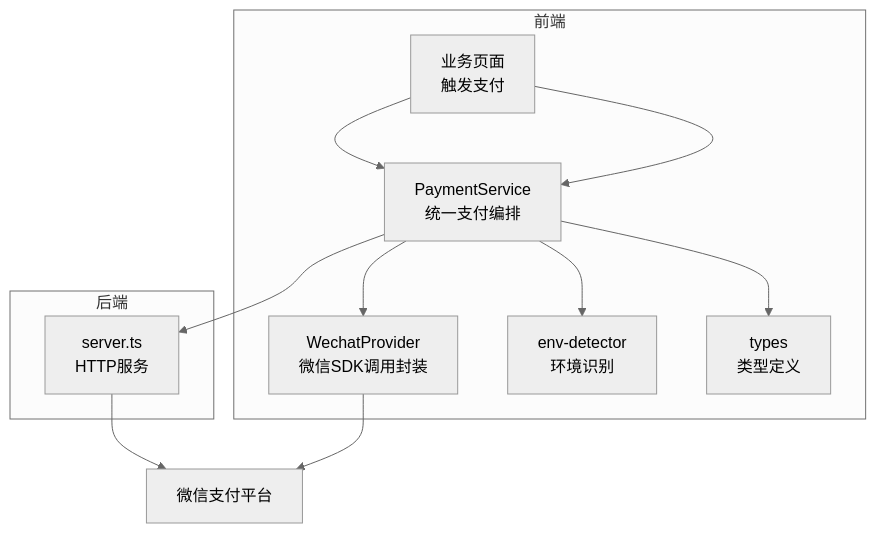
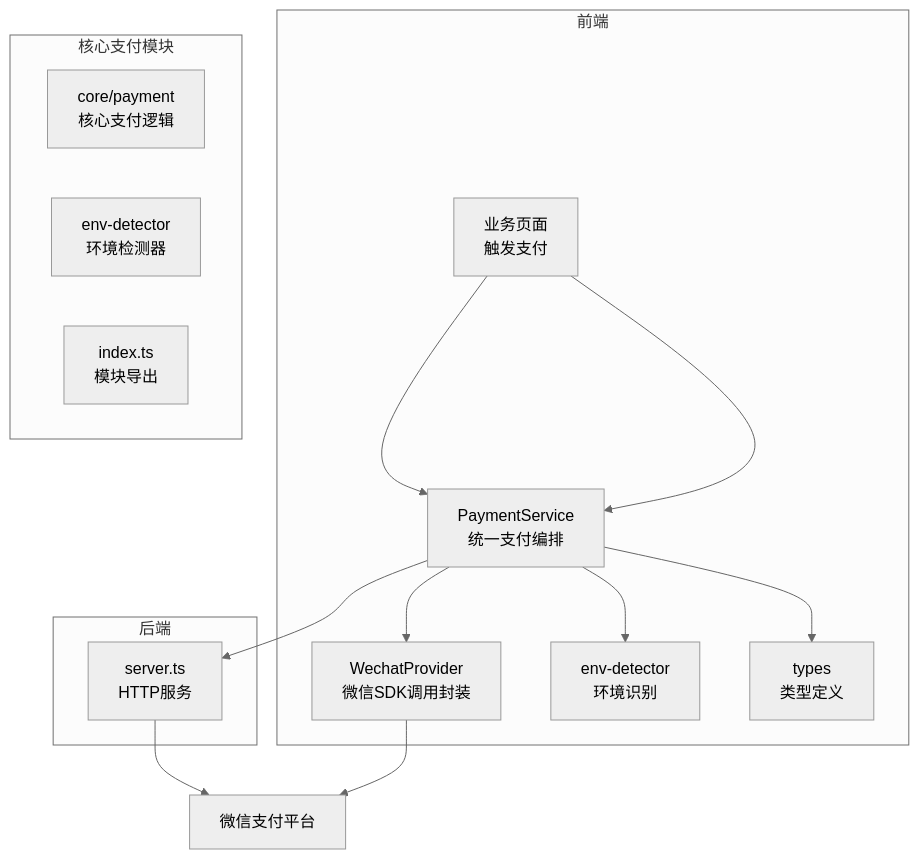
The first of 6 diagrams in .qoder/repowiki/zh/content/支付系统集成/微信支付集成实现.md (Hu-Right/supply-os), drawn with Mermaid (neutral theme) before and after one commit. The commit also changed other lines of this file and 39 other files, not shown here.

````diff
--- a/.qoder/repowiki/zh/content/支付系统集成/微信支付集成实现.md
+++ b/.qoder/repowiki/zh/content/支付系统集成/微信支付集成实现.md
@@ -32,17 +42,22 @@
 ```mermaid
 graph TB
 subgraph "前端"
 UI["业务页面<br/>触发支付"] --> PS["PaymentService<br/>统一支付编排"]
 PS --> WP["WechatProvider<br/>微信SDK调用封装"]
 PS --> ENV["env-detector<br/>环境识别"]
 PS --> T["types<br/>类型定义"]
+end
+subgraph "核心支付模块"
+CP["core/payment<br/>核心支付逻辑"]
+ENV_CORE["env-detector<br/>环境检测器"]
+IDX["index.ts<br/>模块导出"]
 end
 subgraph "后端"
 S["server.ts<br/>HTTP服务"]
 end
 WX["微信支付平台"]
 UI --> PS
 PS --> S
 S --> WX
 WP --> WX
 ```
````
